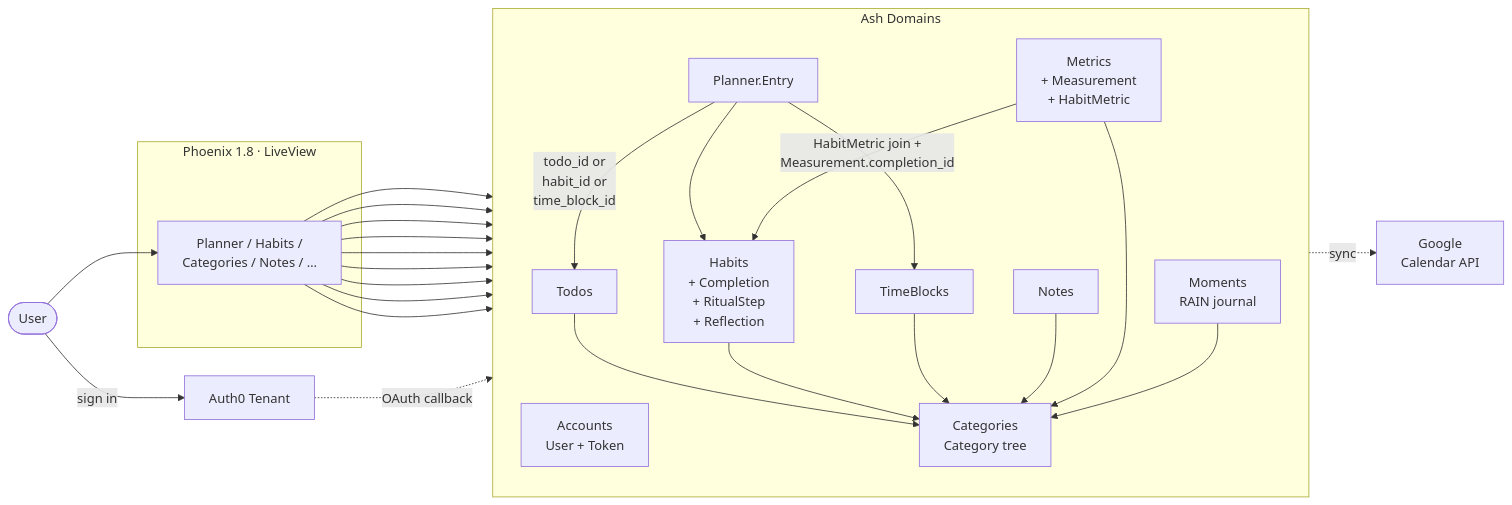
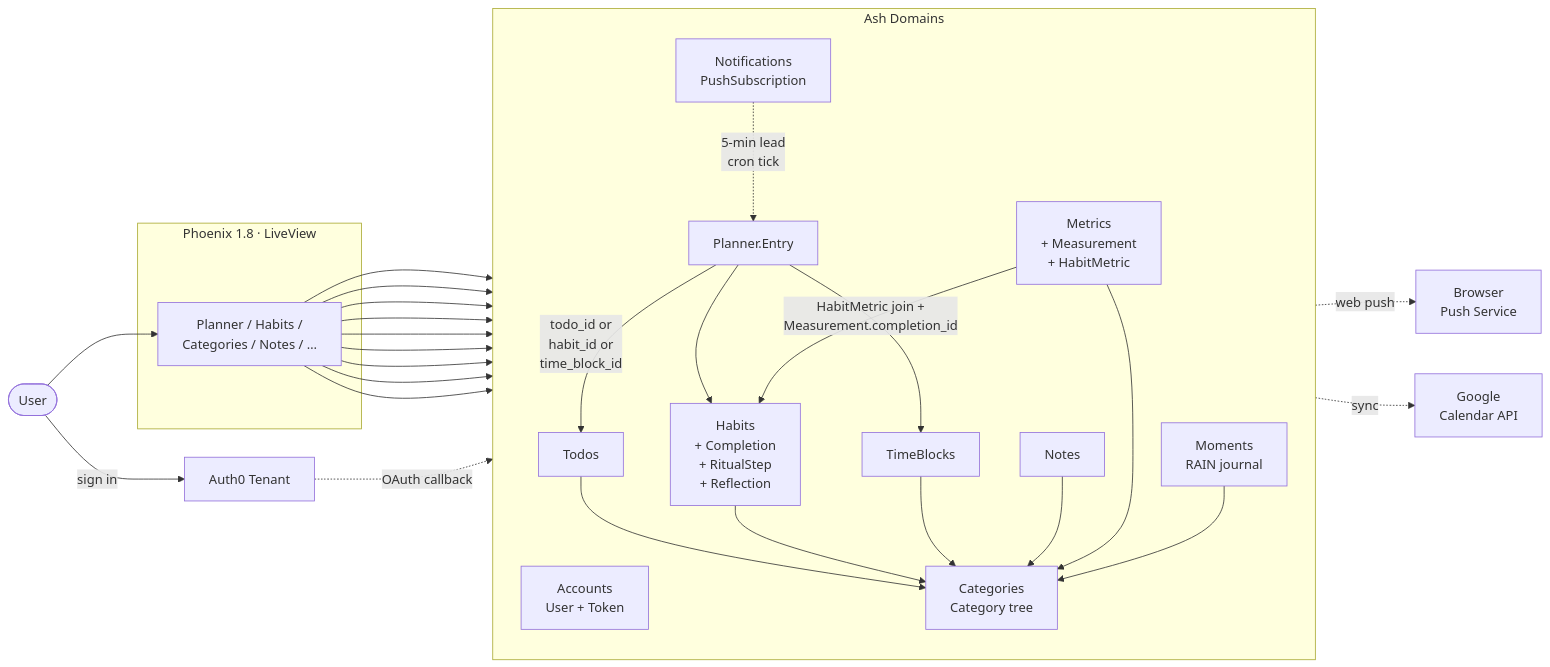
One commit to benkolera/electric-brain changed the diagram in README.md. Above: the diagram before and after it, drawn with Mermaid. The commit also changed other lines of this file and 5 other files, not shown here.

First line of the commit message:
Notifications: service worker + Settings UI

````diff
--- a/README.md
+++ b/README.md
@@ -66,51 +72,55 @@
 ```mermaid
 flowchart LR
     user([User])
 
     user -->|"sign in"| auth0[Auth0 Tenant]
     user --> liveview
 
     subgraph phx["Phoenix 1.8 · LiveView"]
         liveview["Planner / Habits /<br/>Categories / Notes / …"]
     end
 
     subgraph ash["Ash Domains"]
         direction TB
         accounts[Accounts<br/>User + Token]
         categories[Categories<br/>Category tree]
         todos[Todos]
         habits[Habits<br/>+ Completion<br/>+ RitualStep<br/>+ Reflection]
         timeblocks[TimeBlocks]
         planner[Planner.Entry]
         notes[Notes]
         metrics[Metrics<br/>+ Measurement<br/>+ HabitMetric]
         moments[Moments<br/>RAIN journal]
+        notifications[Notifications<br/>PushSubscription]
     end
 
     liveview --> accounts
     liveview --> categories
     liveview --> todos
     liveview --> habits
     liveview --> timeblocks
     liveview --> planner
     liveview --> notes
     liveview --> metrics
     liveview --> moments
 
     todos --> categories
     habits --> categories
     timeblocks --> categories
     notes --> categories
     metrics --> categories
     moments --> categories
 
     planner -->|"todo_id or<br/>habit_id or<br/>time_block_id"| todos
     planner --> habits
     planner --> timeblocks
 
     metrics -->|"HabitMetric join +<br/>Measurement.completion_id"| habits
 
+    notifications -.->|"5-min lead<br/>cron tick"| planner
+    notifications -.->|"web push"| pushsvc[Browser<br/>Push Service]
+
     planner -.->|"sync"| gcal[Google<br/>Calendar API]
 
     auth0 -.->|"OAuth callback"| accounts
 ```
````
